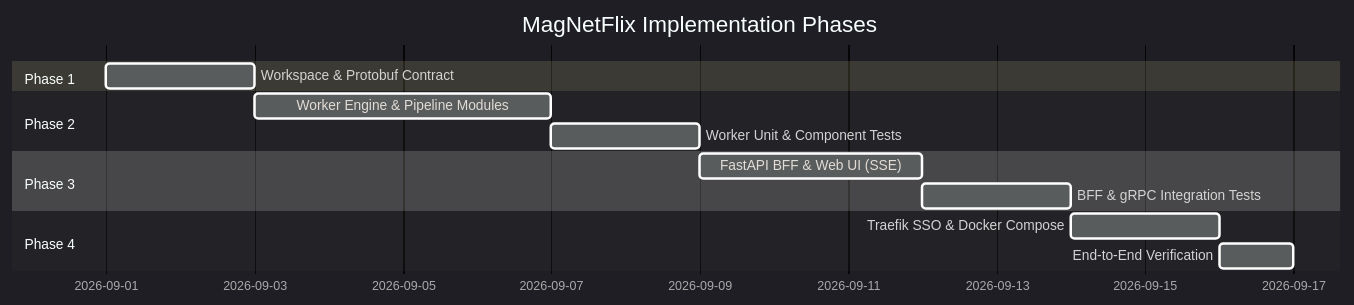
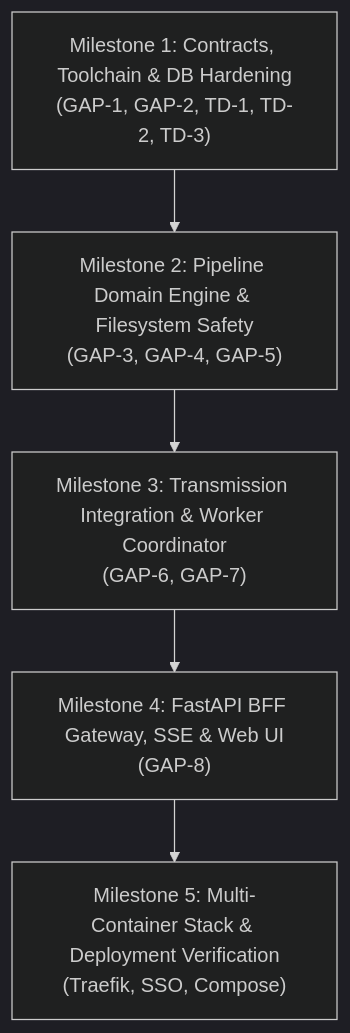
One commit to kiskaadee/MagNetFlix changed the diagram in docs/roadmap.md. Above: the diagram before and after it, drawn with Mermaid (dark theme). The commit also changed other lines of this file and 6 other files, not shown here.

First line of the commit message:
docs(architecture): reconcile ADRs, roadmap, and pipeline invariants

````diff
--- a/docs/roadmap.md
+++ b/docs/roadmap.md
@@ -9,16 +9,13 @@
 ```mermaid
-gantt
-    title MagNetFlix Implementation Phases
-    dateFormat  YYYY-MM-DD
-    section Phase 1
-    Workspace & Protobuf Contract       :p1, 2026-09-01, 2d
-    section Phase 2
-    Worker Engine & Pipeline Modules   :p2, after p1, 4d
-    Worker Unit & Component Tests      :p2_test, after p2, 2d
-    section Phase 3
-    FastAPI BFF & Web UI (SSE)         :p3, after p2_test, 3d
-    BFF & gRPC Integration Tests       :p3_test, after p3, 2d
-    section Phase 4
-    Traefik SSO & Docker Compose       :p4, after p3_test, 2d
-    End-to-End Verification            :p4_test, after p4, 1d
+flowchart TD
+    M1["Milestone 1: Contracts, Toolchain & DB Hardening\n(GAP-1, GAP-2, TD-1, TD-2, TD-3)"]
+    M2["Milestone 2: Pipeline Domain Engine & Filesystem Safety\n(GAP-3, GAP-4, GAP-5)"]
+    M3["Milestone 3: Transmission Integration & Worker Coordinator\n(GAP-6, GAP-7)"]
+    M4["Milestone 4: FastAPI BFF Gateway, SSE & Web UI\n(GAP-8)"]
+    M5["Milestone 5: Multi-Container Stack & Deployment Verification\n(Traefik, SSO, Compose)"]
+
+    M1 --> M2
+    M2 --> M3
+    M3 --> M4
+    M4 --> M5
 ```
````
